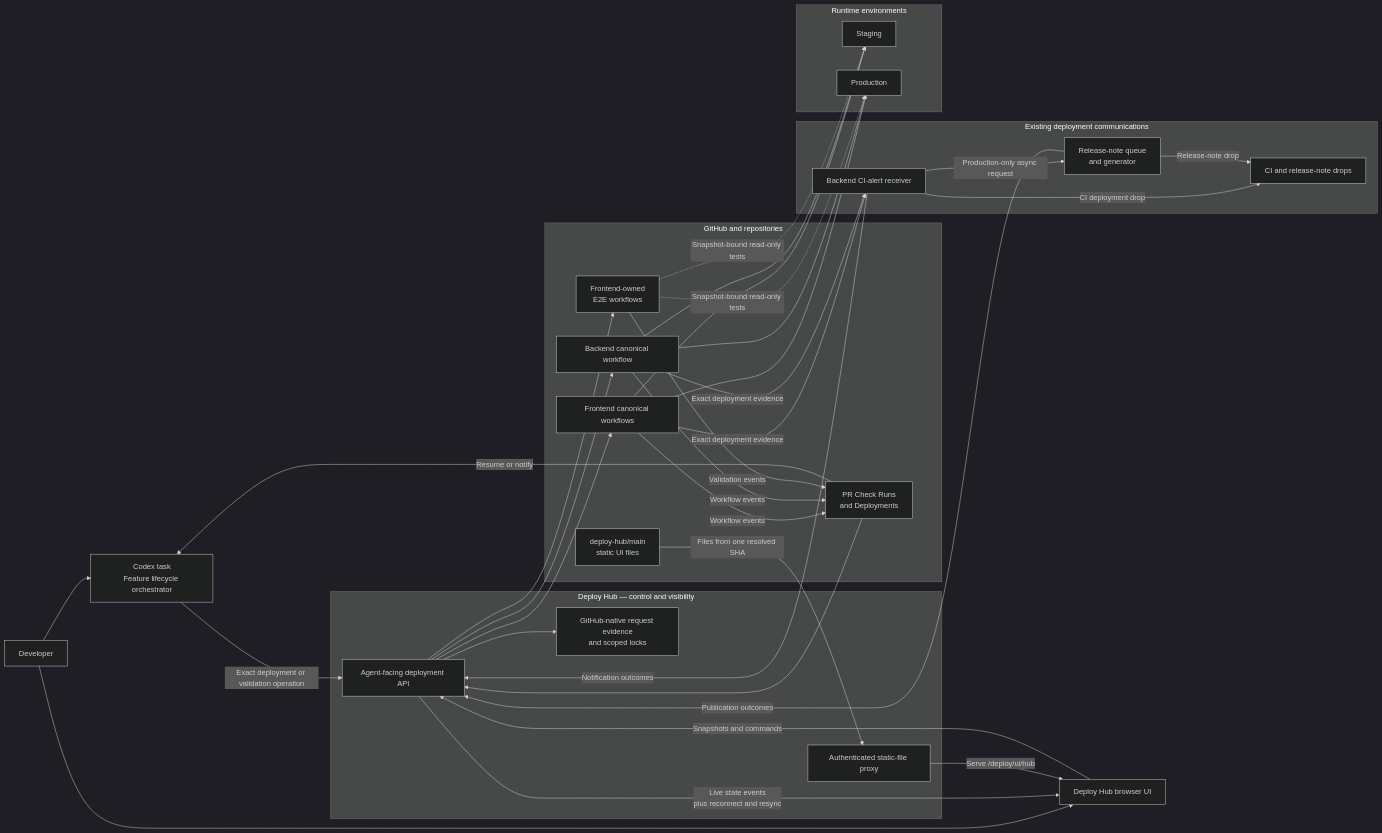
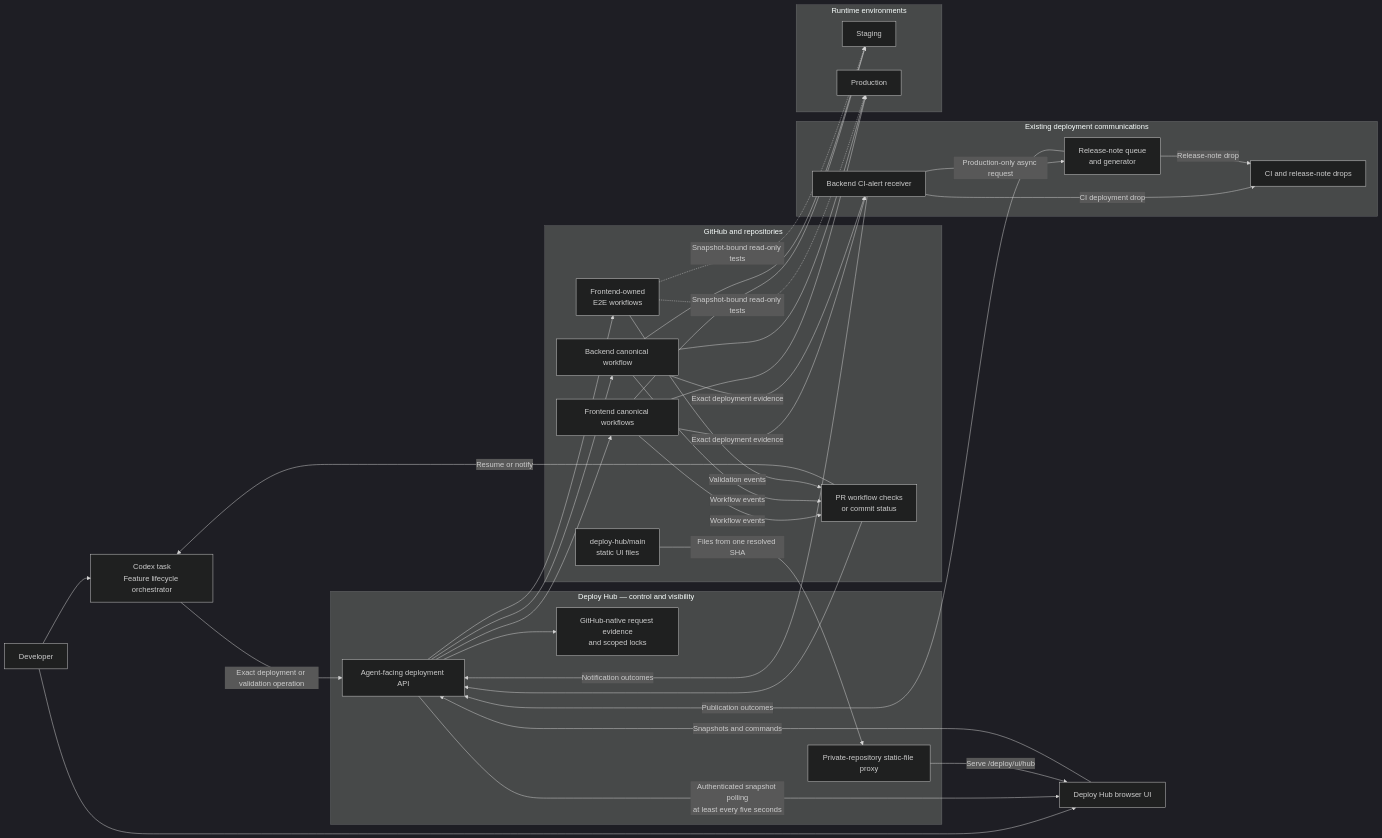
One commit to 6529-Collections/deploy-hub changed the diagram in docs/diagrams/target-architecture.mmd. Above: the diagram before and after it, drawn with Mermaid (dark theme). The commit also changed 31 other files, not shown here.

Commit message:
Simplify Deploy Hub auth and flag architecture complexity

```diff
--- a/docs/diagrams/target-architecture.mmd
+++ b/docs/diagrams/target-architecture.mmd
@@ -1,59 +1,59 @@
 flowchart LR
     U["Developer"] --> A["Codex task<br/>Feature lifecycle orchestrator"]
     U --> UI["Deploy Hub browser UI"]
 
     subgraph H["Deploy Hub — control and visibility"]
         API["Agent-facing deployment API"]
         L["GitHub-native request evidence<br/>and scoped locks"]
-        P["Authenticated static-file proxy"]
+        P["Private-repository static-file proxy"]
     end
 
     subgraph G["GitHub and repositories"]
         UIS["deploy-hub/main<br/>static UI files"]
-        PR["PR Check Runs<br/>and Deployments"]
+        PR["PR workflow checks<br/>or commit status"]
         FE["Frontend canonical workflows"]
         BE["Backend canonical workflow"]
         V["Frontend-owned<br/>E2E workflows"]
     end
 
     subgraph C["Existing deployment communications"]
         N["Backend CI-alert receiver"]
         R["Release-note queue<br/>and generator"]
         D["CI and release-note drops"]
     end
 
     subgraph E["Runtime environments"]
         STG["Staging"]
         PROD["Production"]
     end
 
     A -->|"Exact deployment or validation operation"| API
     UI -->|"Snapshots and commands"| API
-    API -->|"Live state events<br/>plus reconnect and resync"| UI
+    API -->|"Authenticated snapshot polling<br/>at least every five seconds"| UI
     UIS -->|"Files from one resolved SHA"| P
     P -->|"Serve /deploy/ui/hub"| UI
     API --> L
     API --> FE
     API --> BE
     API --> V
 
     FE --> STG
     FE --> PROD
     BE --> STG
     BE --> PROD
     V -. "Snapshot-bound read-only tests" .-> STG
     V -. "Snapshot-bound read-only tests" .-> PROD
 
     FE -->|"Exact deployment evidence"| N
     BE -->|"Exact deployment evidence"| N
     N -->|"CI deployment drop"| D
     N -->|"Production-only async request"| R
     R -->|"Release-note drop"| D
     N -->|"Notification outcomes"| API
     R -->|"Publication outcomes"| API
 
     FE -->|"Workflow events"| PR
     BE -->|"Workflow events"| PR
     V -->|"Validation events"| PR
     PR --> API
     PR -->|"Resume or notify"| A
```
